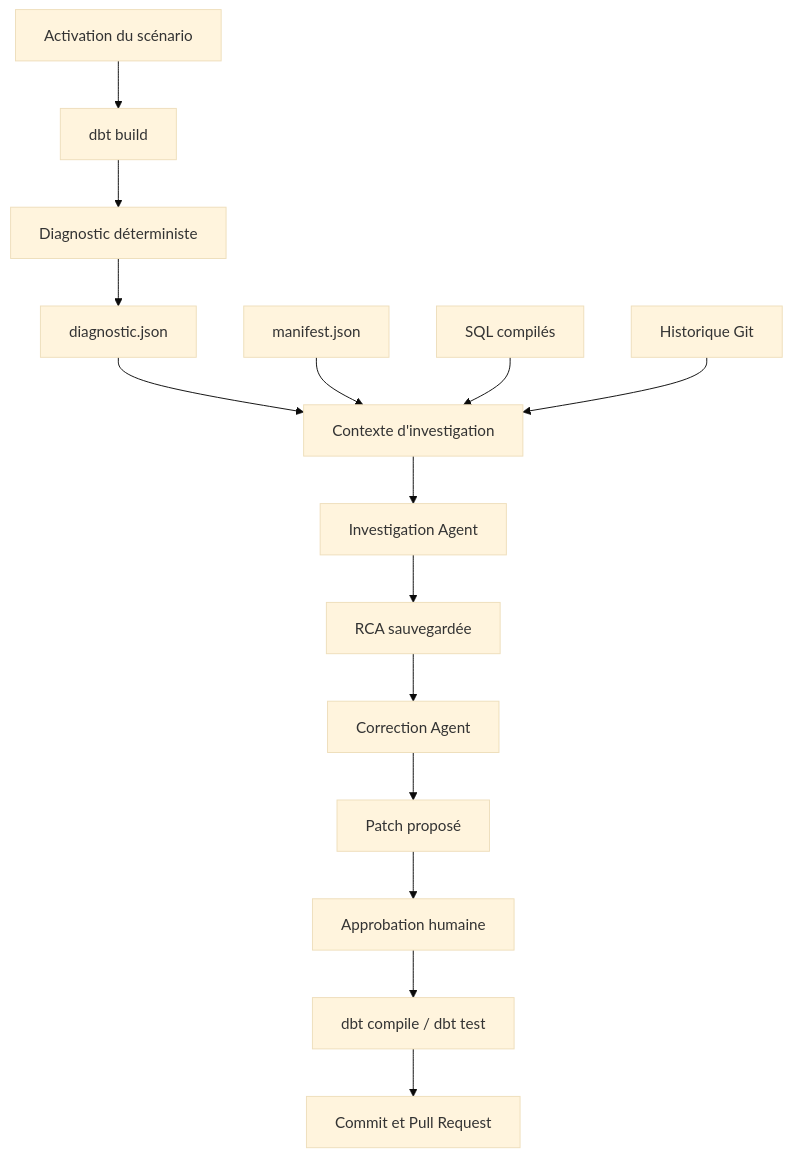
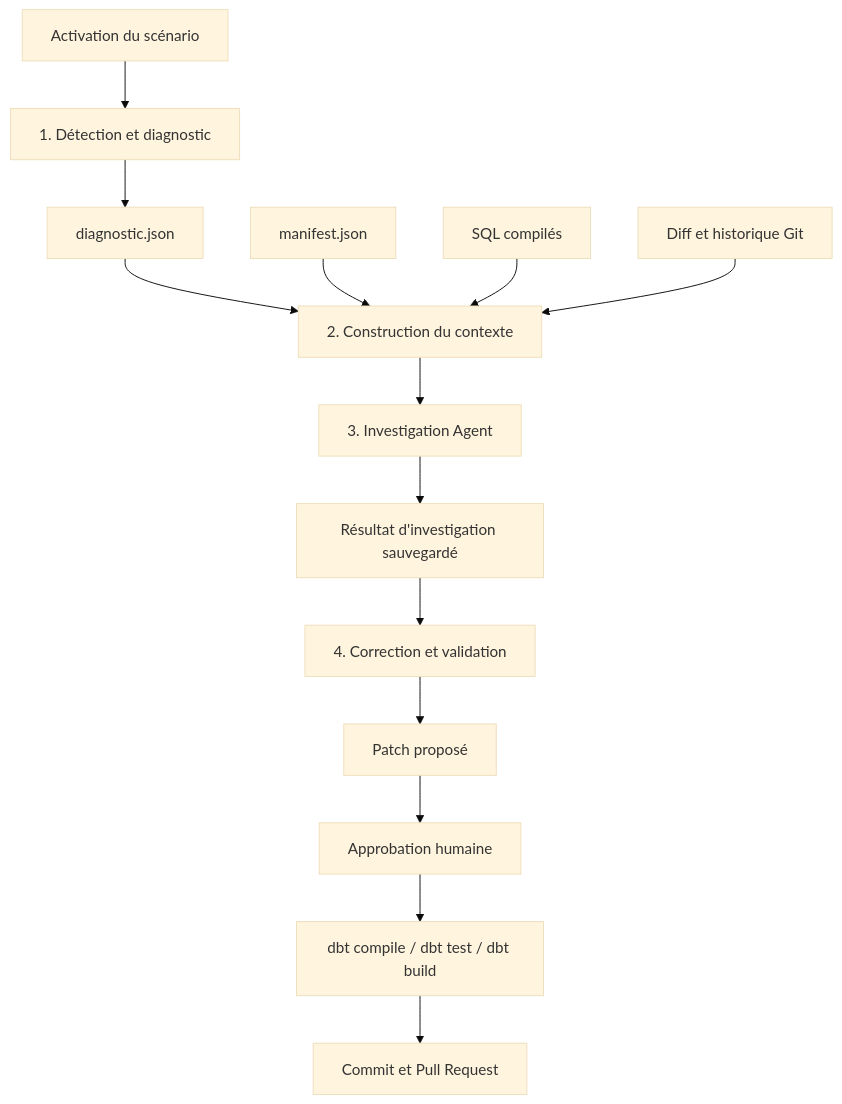
One commit to francoisle-gall-stack/data_quality_agent changed the diagram in README.md. Above: the diagram before and after it, drawn with Mermaid (base theme). The commit also changed other lines of this file, not shown here.

````diff
--- a/README.md
+++ b/README.md
@@ -38,17 +38,16 @@
 ```mermaid
 flowchart TD
-    activate["Activation du scénario"] --> build["dbt build"]
-    build --> diagnostic["Diagnostic déterministe"]
-    diagnostic --> artifact["diagnostic.json"]
-    artifact --> context["Contexte d'investigation"]
-    manifest["manifest.json"] --> context
-    compiled["SQL compilés"] --> context
-    git["Historique Git"] --> context
-    context --> investigation["Investigation Agent"]
-    investigation --> rca["RCA sauvegardée"]
-    rca --> correction["Correction Agent"]
-    correction --> patch["Patch proposé"]
+    activate["Activation du scénario"] --> step1["1. Détection et diagnostic"]
+    step1 --> diagnostic["diagnostic.json"]
+    diagnostic --> step2["2. Construction du contexte"]
+    manifest["manifest.json"] --> step2
+    compiled["SQL compilés"] --> step2
+    git["Diff et historique Git"] --> step2
+    step2 --> step3["3. Investigation Agent"]
+    step3 --> result["Résultat d'investigation sauvegardé"]
+    result --> step4["4. Correction et validation"]
+    step4 --> patch["Patch proposé"]
     patch --> approval["Approbation humaine"]
-    approval --> validation["dbt compile / dbt test"]
+    approval --> validation["dbt compile / dbt test / dbt build"]
     validation --> pr["Commit et Pull Request"]
 ```
````
